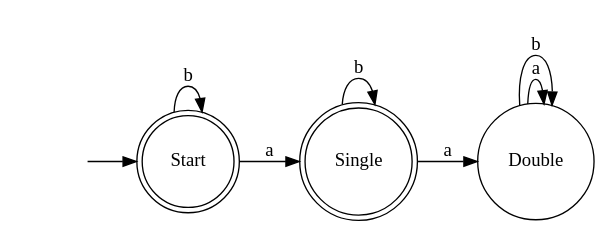
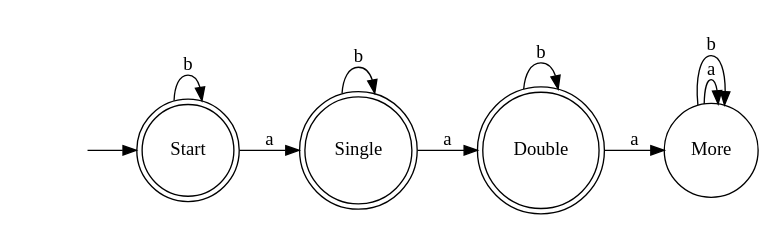
One commit to Hoverbear/CSC-320 changed the diagram in assignments/a1/graphs/2-l2.dot. Above: the diagram before and after it, drawn with Graphviz. The commit also changed 8 other files, not shown here.

```diff
--- a/assignments/a1/graphs/2-l2.dot
+++ b/assignments/a1/graphs/2-l2.dot
@@ -1,19 +1,22 @@
 digraph finite_state_machine {
 	rankdir = LR;
 	/*size = "4,6"*/
 	/*ppi = 300*/
 	node [ shape = none ] "";
-	node [ shape = doublecircle ]; "Start" "Single";
+	node [ shape = doublecircle ]; "Start" "Single" "Double";
 	node [ shape = circle ];
 
 	"" -> "Start"
 
 	"Start" -> "Single"  [ label = "a" ]
 	"Start" -> "Start"   [ label = "b" ]
 
-    "Single" -> "Double"   [ label = "a" ]
-    "Single" -> "Single"   [ label = "b" ]
+	"Single" -> "Double"   [ label = "a" ]
+	"Single" -> "Single"   [ label = "b" ]
 
-    "Double" -> "Double" [ label = "a"]
-    "Double" -> "Double" [ label = "b"]
+	"Double" -> "More" [ label = "a"]
+	"Double" -> "Double" [ label = "b"]
+
+	"More" -> "More" [ label = "a"]
+	"More" -> "More" [ label = "b"]
 }
```
